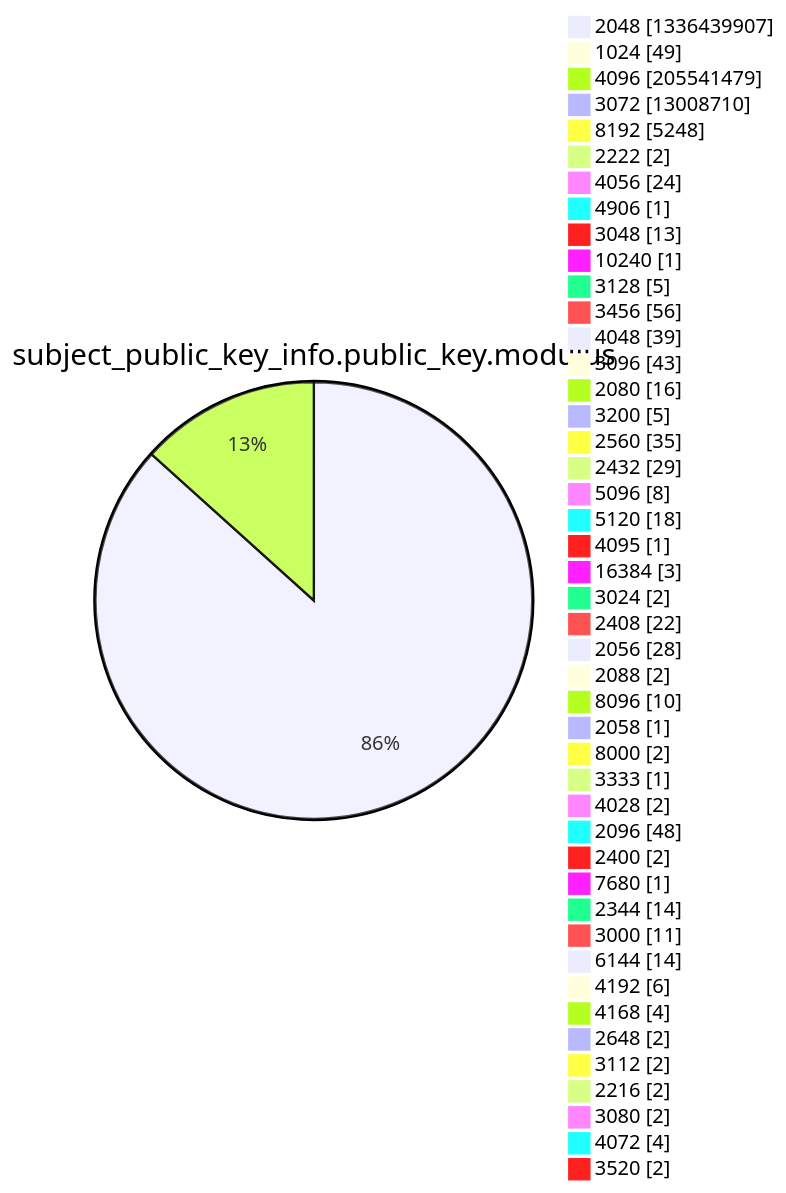
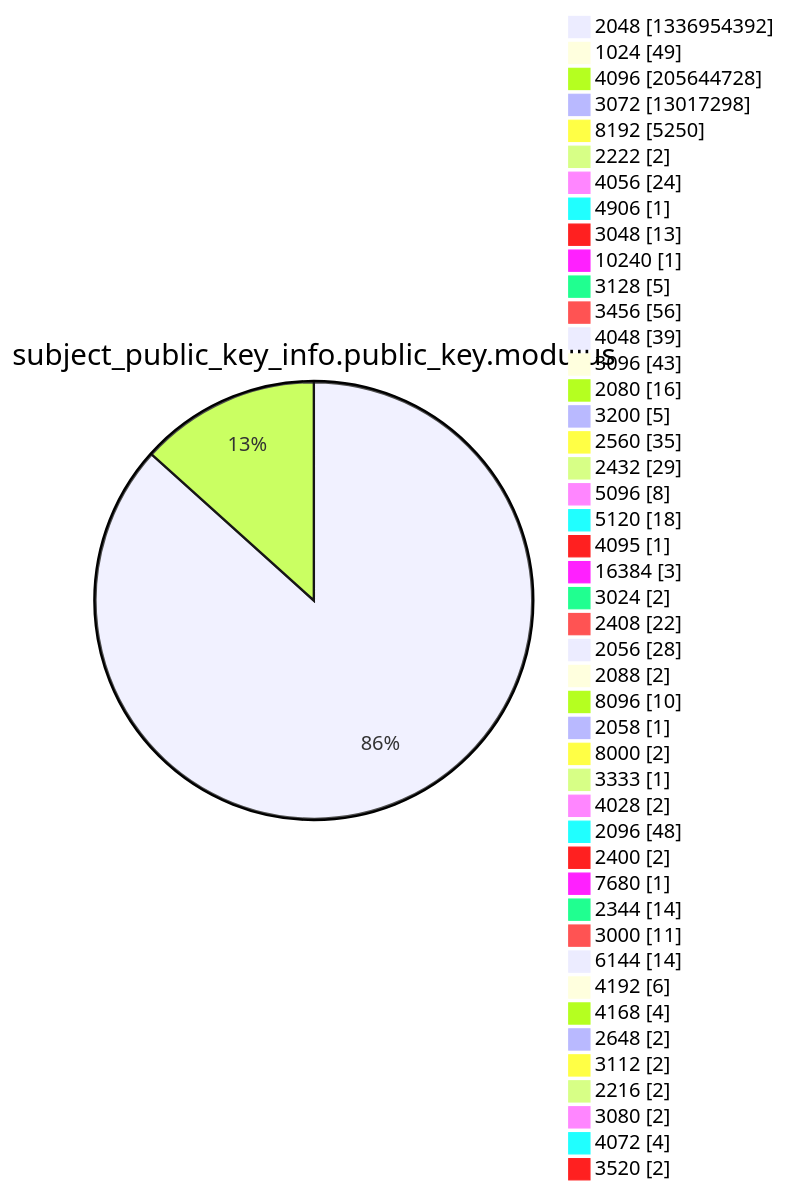
One commit to christiankrug/ctmonitor_visualization changed diagram 13 of 15 in xenon2022/README.md. Above: the diagram before and after it, drawn with Mermaid. The commit also changed other lines of this file, not shown here.

````diff
--- a/xenon2022/README.md
+++ b/xenon2022/README.md
@@ -3926,49 +3926,49 @@
 ```mermaid
 pie showData
 title subject_public_key_info.public_key.modulus
-"2048" :1336439907
+"2048" :1336954392
 "1024" :49
-"4096" :205541479
-"3072" :13008710
-"8192" :5248
+"4096" :205644728
+"3072" :13017298
+"8192" :5250
 "2222" :2
 "4056" :24
 "4906" :1
 "3048" :13
 "10240" :1
 "3128" :5
 "3456" :56
 "4048" :39
 "3096" :43
 "2080" :16
 "3200" :5
 "2560" :35
 "2432" :29
 "5096" :8
 "5120" :18
 "4095" :1
 "16384" :3
 "3024" :2
 "2408" :22
 "2056" :28
 "2088" :2
 "8096" :10
 "2058" :1
 "8000" :2
 "3333" :1
 "4028" :2
 "2096" :48
 "2400" :2
 "7680" :1
 "2344" :14
 "3000" :11
 "6144" :14
 "4192" :6
 "4168" :4
 "2648" :2
 "3112" :2
 "2216" :2
 "3080" :2
 "4072" :4
 "3520" :2
 ```
````
